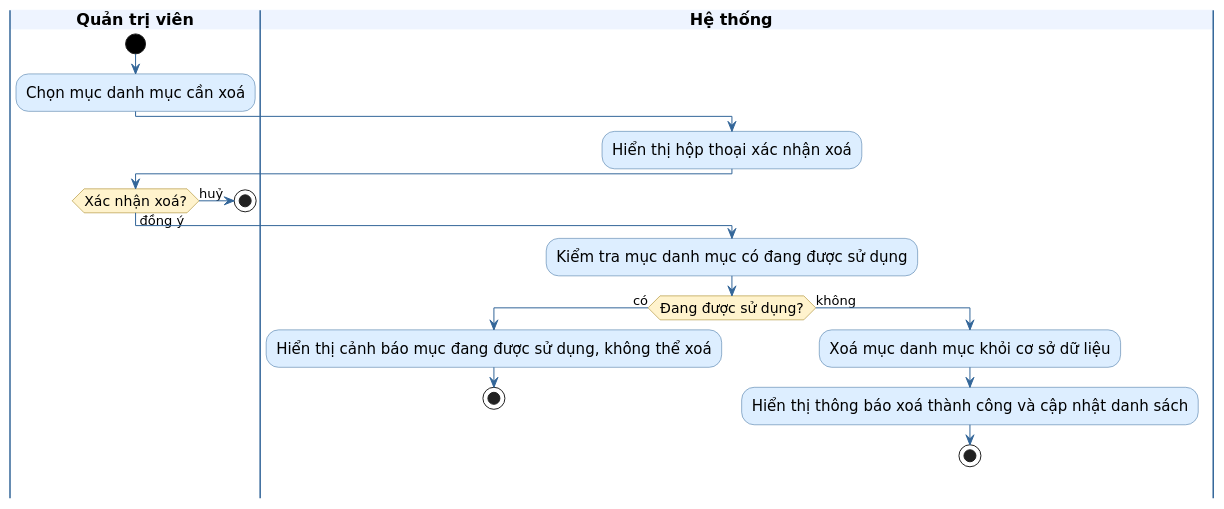
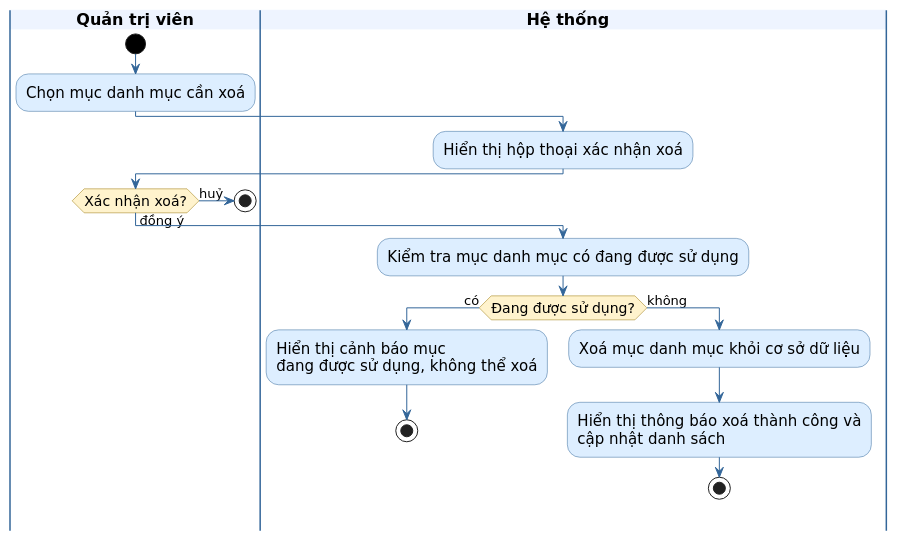
Before and after one commit to trantrungno3/ExamHub: the diagram in uml/activity_diagrams/18-xoa-cau-hinh-danh-muc.puml, drawn with PlantUML. The commit also changed 100 other files, not shown here.

First line of the commit message:
Refactor sequence diagrams for exam generation and management

```diff
--- a/uml/activity_diagrams/18-xoa-cau-hinh-danh-muc.puml
+++ b/uml/activity_diagrams/18-xoa-cau-hinh-danh-muc.puml
@@ -1,50 +1,50 @@
 @startuml
 skinparam activity {
     BackgroundColor #DDEEFF
     BorderColor #336699
     FontSize 15
     FontName DejaVu Sans
     DiamondBackgroundColor #FFF3CD
     DiamondBorderColor #997404
     DiamondFontSize 14
     StartColor #000000
     EndColor #000000
     ArrowColor #336699
     ArrowFontSize 13
     ArrowFontName DejaVu Sans
     BarColor #336699
 }
 skinparam swimlane {
     BorderColor #336699
     TitleBackgroundColor #EEF4FF
     TitleFontStyle bold
     TitleFontSize 16
     TitleFontName DejaVu Sans
     Width 220
 }
 skinparam ActivityFontName DejaVu Sans
 skinparam defaultFontName DejaVu Sans
 skinparam maxMessageSize 160
 
 |Quản trị viên|
 start
 :Chọn mục danh mục cần xoá;
 |Hệ thống|
 :Hiển thị hộp thoại xác nhận xoá;
 |Quản trị viên|
 if (Xác nhận xoá?) then (đồng ý)
   |Hệ thống|
   :Kiểm tra mục danh mục có đang được sử dụng;
   if (Đang được sử dụng?) then (có)
-    :Hiển thị cảnh báo mục đang được sử dụng, không thể xoá;
+    :Hiển thị cảnh báo mục\nđang được sử dụng, không thể xoá;
     stop
   else (không)
     :Xoá mục danh mục khỏi cơ sở dữ liệu;
-    :Hiển thị thông báo xoá thành công và cập nhật danh sách;
+    :Hiển thị thông báo xoá thành công và\ncập nhật danh sách;
     stop
   endif
 else (huỷ)
   |Quản trị viên|
   stop
 endif
 @enduml
```
